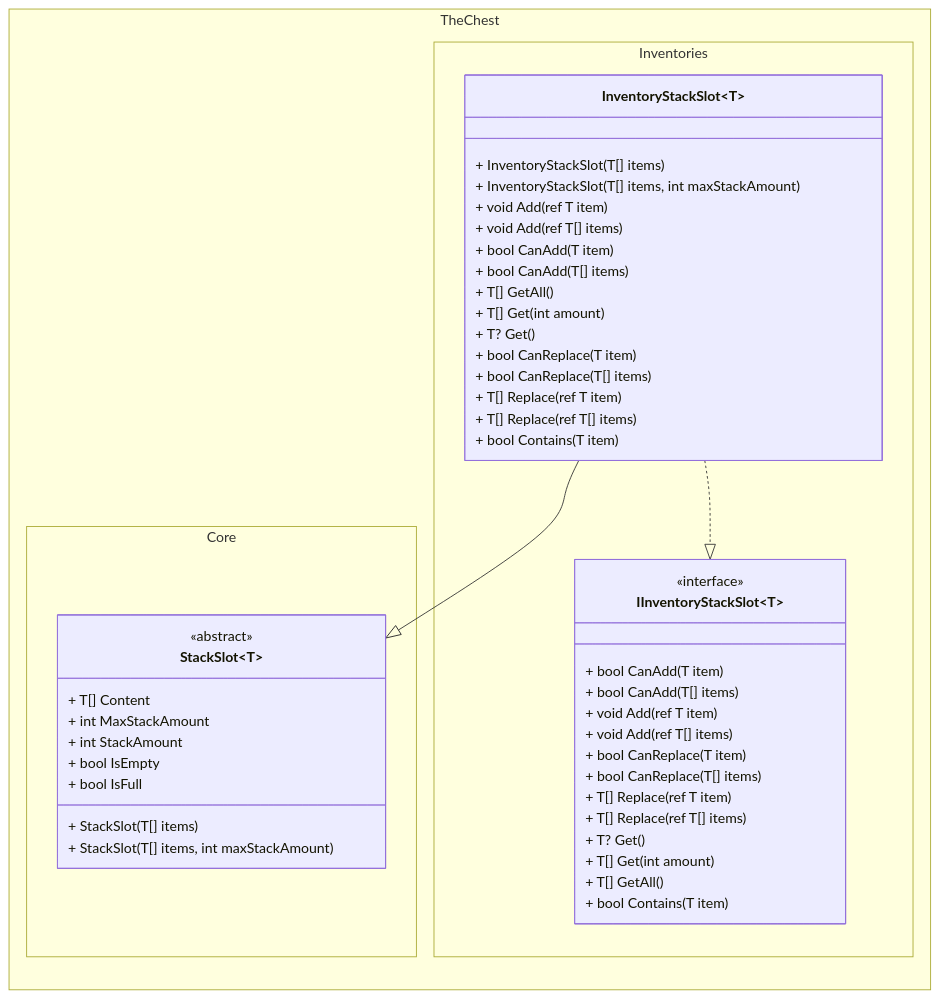
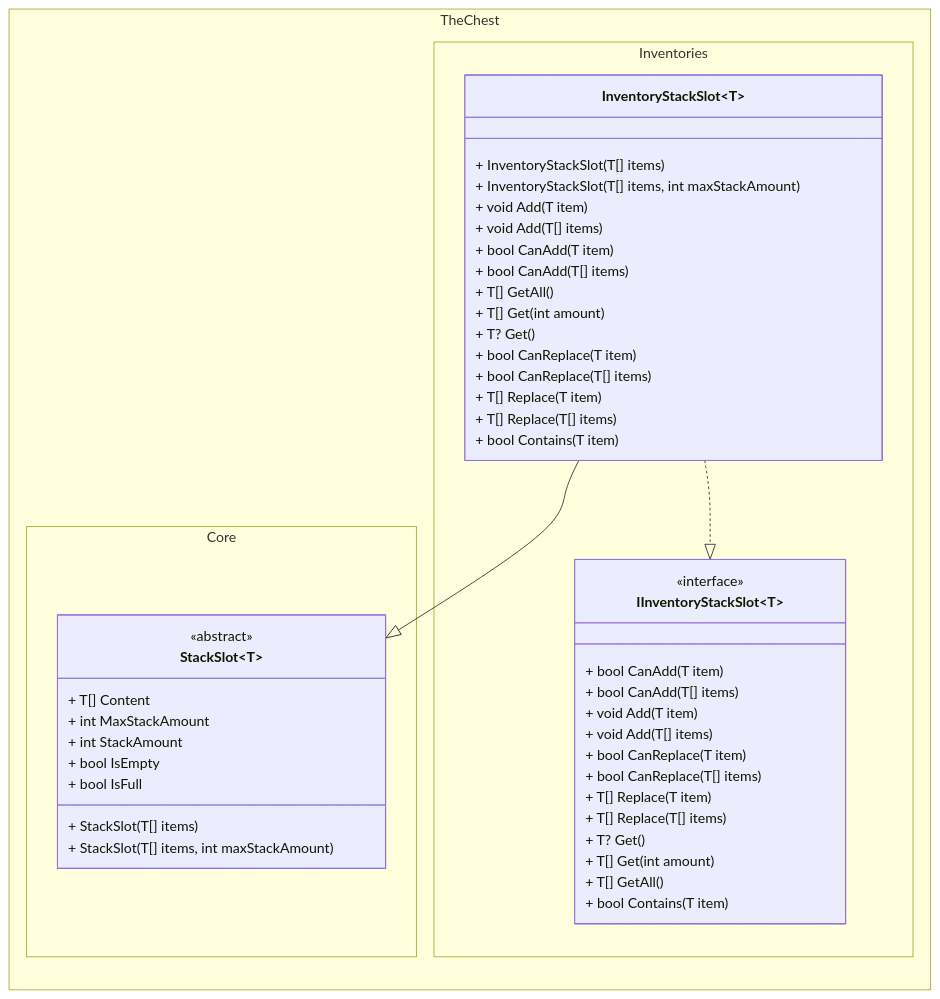
Before and after one commit to The-Chest/TheChest.Inventories: the second of 2 diagrams in docs/stack_inventory/class_diagram.md, drawn with Mermaid. The commit also changed other lines of this file, not shown here.

Commit message:
Removes ref methods from docs/stack_inventory/class_diagram.md

````diff
--- a/docs/stack_inventory/class_diagram.md
+++ b/docs/stack_inventory/class_diagram.md
@@ -85,62 +85,62 @@
 ```mermaid
 ---
 config:
   theme: mc
   look: classic
   class:
     hideEmptyMembersBox: true
 ---
 classDiagram
 direction BT
 
 namespace TheChest.Core {
     class StackSlot~T~ {
         + T[] Content
         + int MaxStackAmount
         + int StackAmount
         + bool IsEmpty
         + bool IsFull
         + StackSlot(T[] items)
         + StackSlot(T[] items, int maxStackAmount)
     }
 }
 <<abstract>> StackSlot
 
 namespace TheChest.Inventories {
     class IInventoryStackSlot~T~ {
         + bool CanAdd(T item)
         + bool CanAdd(T[] items)
-        + void Add(ref T item)
-        + void Add(ref T[] items)
+        + void Add(T item)
+        + void Add(T[] items)
         + bool CanReplace(T item)
         + bool CanReplace(T[] items)
-        + T[] Replace(ref T item)
-        + T[] Replace(ref T[] items)
+        + T[] Replace(T item)
+        + T[] Replace(T[] items)
         + T? Get()
         + T[] Get(int amount)
         + T[] GetAll()
         + bool Contains(T item)
     }
 
     class InventoryStackSlot~T~ {
         + InventoryStackSlot(T[] items)
         + InventoryStackSlot(T[] items, int maxStackAmount)
-        + void Add(ref T item)
-        + void Add(ref T[] items)
+        + void Add(T item)
+        + void Add(T[] items)
         + bool CanAdd(T item)
         + bool CanAdd(T[] items)
         + T[] GetAll()
         + T[] Get(int amount)
         + T? Get()
         + bool CanReplace(T item)
         + bool CanReplace(T[] items)
-        + T[] Replace(ref T item)
-        + T[] Replace(ref T[] items)
+        + T[] Replace(T item)
+        + T[] Replace(T[] items)
         + bool Contains(T item)
     }
 }
 
 <<interface>> IInventoryStackSlot
 InventoryStackSlot~T~ --|>  StackSlot~T~
 InventoryStackSlot~T~ ..|> IInventoryStackSlot~T~ 
 ```
````
